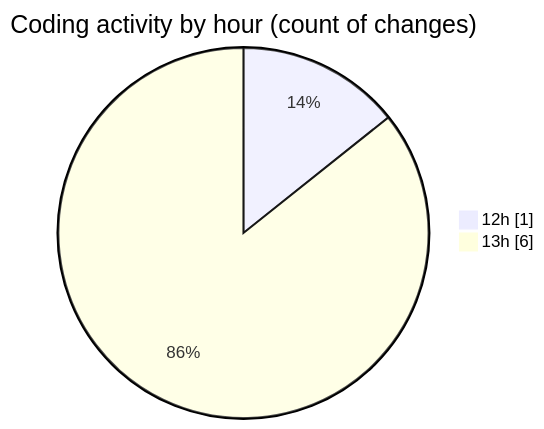
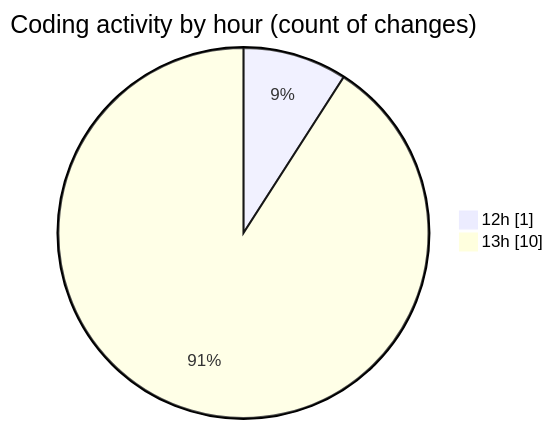
The second of 2 diagrams in 2025-04-29/uhigh-lang/README.md (charlie-sans/code-tracking), drawn with Mermaid before and after one commit. The commit also changed other lines of this file and 1 other file, not shown here.

````diff
--- a/2025-04-29/uhigh-lang/README.md
+++ b/2025-04-29/uhigh-lang/README.md
@@ -35,6 +36,6 @@
 ```mermaid
 pie showData
 title Coding activity by hour (count of changes)
 "12h" : 1
-"13h" : 6
+"13h" : 10
 ```
````
